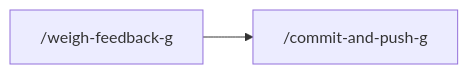
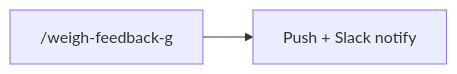
One commit to SRachamim/etc-nixos changed the sixth of 19 diagrams in home/file/agents/skills/knowledge/workflow-catalog-g/SKILL.md. Above: the diagram before and after it, drawn with Mermaid. The commit also changed other lines of this file and 5 other files, not shown here.

````diff
--- a/home/file/agents/skills/knowledge/workflow-catalog-g/SKILL.md
+++ b/home/file/agents/skills/knowledge/workflow-catalog-g/SKILL.md
@@ -139,4 +139,4 @@
 ```mermaid
 flowchart LR
-  A["/weigh-feedback-g"] --> B["/commit-and-push-g"]
+  A["/weigh-feedback-g"] --> B["Push + Slack notify"]
 ```
````
